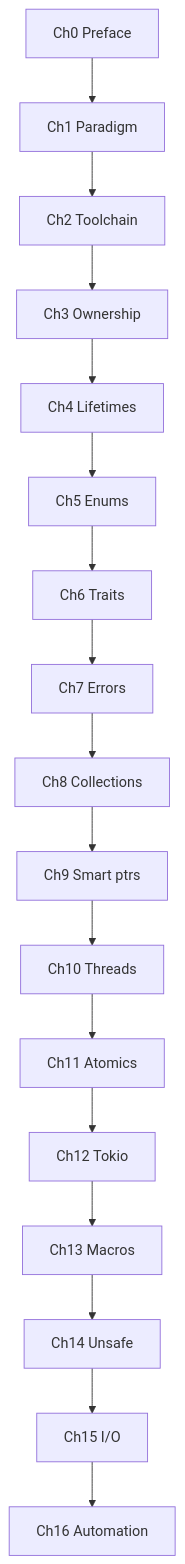
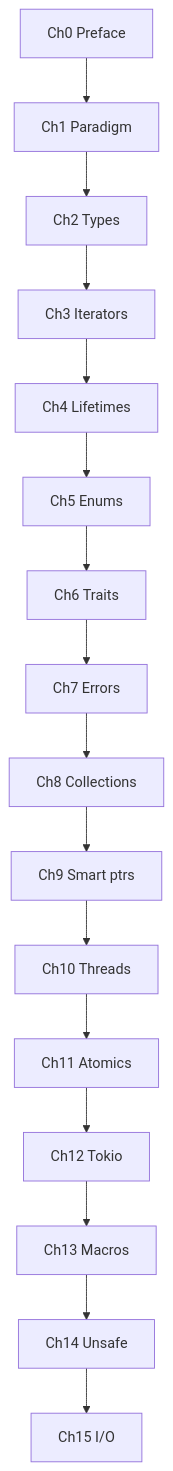
One commit to buchslava/vibe-learning changed the diagram in rust-automation-course/CONTENTS.md. Above: the diagram before and after it, drawn with Mermaid. The commit also changed other lines of this file and 36 other files, not shown here.

````diff
--- a/rust-automation-course/CONTENTS.md
+++ b/rust-automation-course/CONTENTS.md
@@ -53,19 +64,18 @@
 ```mermaid
 flowchart TD
   c0[Ch0 Preface] --> c1[Ch1 Paradigm]
-  c1 --> c2[Ch2 Toolchain]
-  c2 --> c3[Ch3 Ownership]
+  c1 --> c2[Ch2 Types]
+  c2 --> c3[Ch3 Iterators]
   c3 --> c4[Ch4 Lifetimes]
   c4 --> c5[Ch5 Enums]
   c5 --> c6[Ch6 Traits]
   c6 --> c7[Ch7 Errors]
   c7 --> c8[Ch8 Collections]
   c8 --> c9[Ch9 Smart ptrs]
   c9 --> c10[Ch10 Threads]
   c10 --> c11[Ch11 Atomics]
   c11 --> c12[Ch12 Tokio]
   c12 --> c13[Ch13 Macros]
   c13 --> c14[Ch14 Unsafe]
   c14 --> c15[Ch15 I/O]
-  c15 --> c16[Ch16 Automation]
 ```
````
